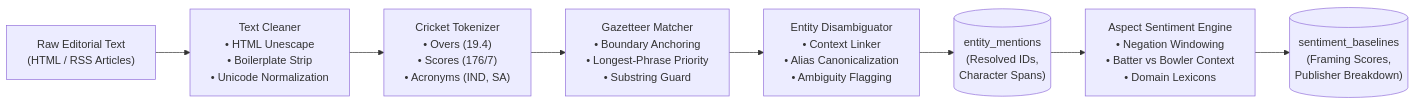
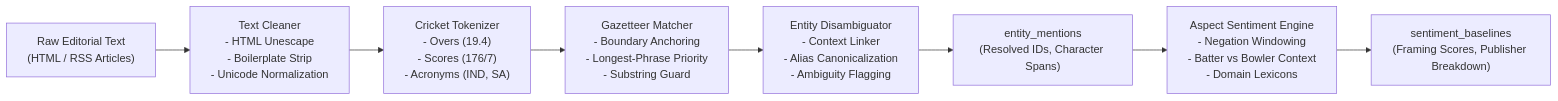
Before and after one commit to Ritesh-panda/T20-Cricket-Intelligence-Platform: the third of 7 diagrams in README.md, drawn with Mermaid. The commit also changed other lines of this file, not shown here.

Commit message:
docs(readme): fix GitHub Mermaid syntax errors across all architectural diagrams

````diff
--- a/README.md
+++ b/README.md
@@ -139,16 +139,16 @@
 ```mermaid
 flowchart LR
-    RAW["Raw Editorial Text\n(HTML / RSS Articles)"] --> CLEAN["Text Cleaner\n• HTML Unescape\n• Boilerplate Strip\n• Unicode Normalization"]
+    RAW["Raw Editorial Text<br/>(HTML / RSS Articles)"] --> CLEAN["Text Cleaner<br/>- HTML Unescape<br/>- Boilerplate Strip<br/>- Unicode Normalization"]
     
-    CLEAN --> TOK["Cricket Tokenizer\n• Overs (19.4)\n• Scores (176/7)\n• Acronyms (IND, SA)"]
+    CLEAN --> TOK["Cricket Tokenizer<br/>- Overs (19.4)<br/>- Scores (176/7)<br/>- Acronyms (IND, SA)"]
     
-    TOK --> GAZ["Gazetteer Matcher\n• Boundary Anchoring\n• Longest-Phrase Priority\n• Substring Guard"]
+    TOK --> GAZ["Gazetteer Matcher<br/>- Boundary Anchoring<br/>- Longest-Phrase Priority<br/>- Substring Guard"]
     
-    GAZ --> ER["Entity Disambiguator\n• Context Linker\n• Alias Canonicalization\n• Ambiguity Flagging"]
+    GAZ --> ER["Entity Disambiguator<br/>- Context Linker<br/>- Alias Canonicalization<br/>- Ambiguity Flagging"]
     
-    ER --> MENT[("entity_mentions\n(Resolved IDs,\nCharacter Spans)")]
+    ER --> MENT["entity_mentions<br/>(Resolved IDs, Character Spans)"]
     
-    MENT --> SENT["Aspect Sentiment Engine\n• Negation Windowing\n• Batter vs Bowler Context\n• Domain Lexicons"]
+    MENT --> SENT["Aspect Sentiment Engine<br/>- Negation Windowing<br/>- Batter vs Bowler Context<br/>- Domain Lexicons"]
     
-    SENT --> FRAME[("sentiment_baselines\n(Framing Scores,\nPublisher Breakdown)")]
+    SENT --> FRAME["sentiment_baselines<br/>(Framing Scores, Publisher Breakdown)"]
 ```
````
